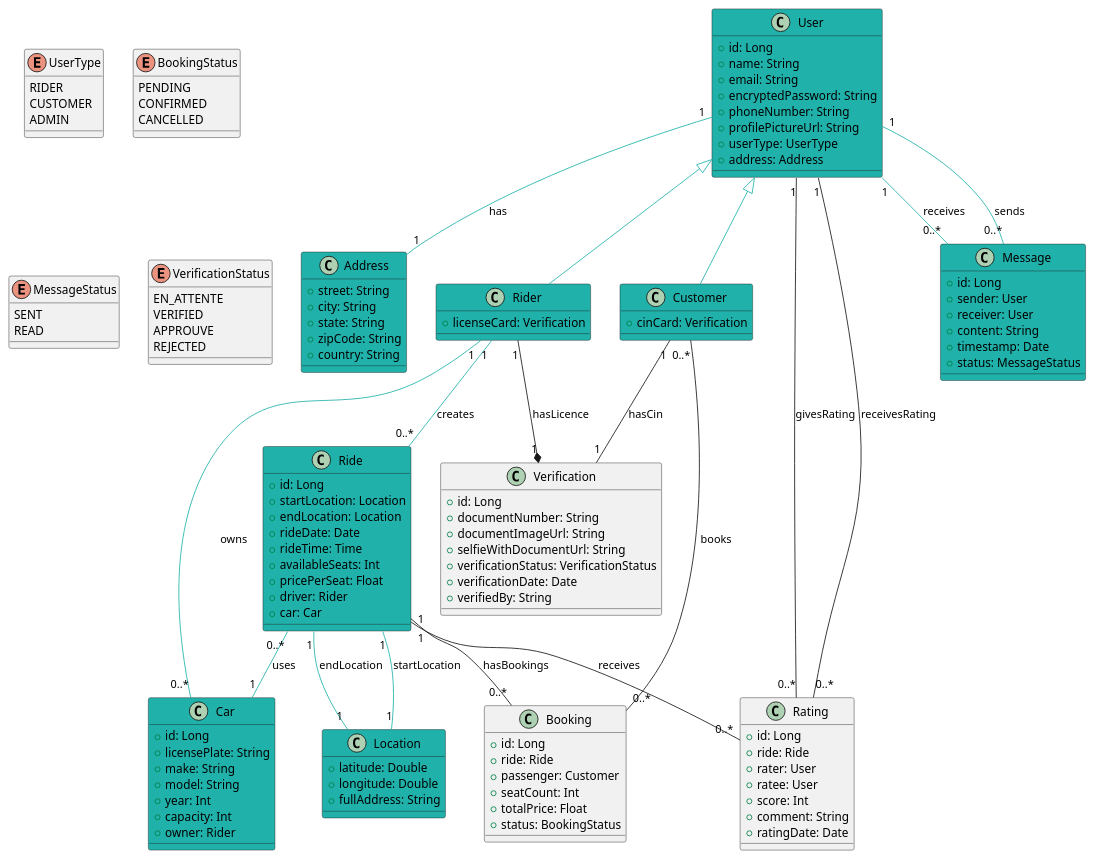
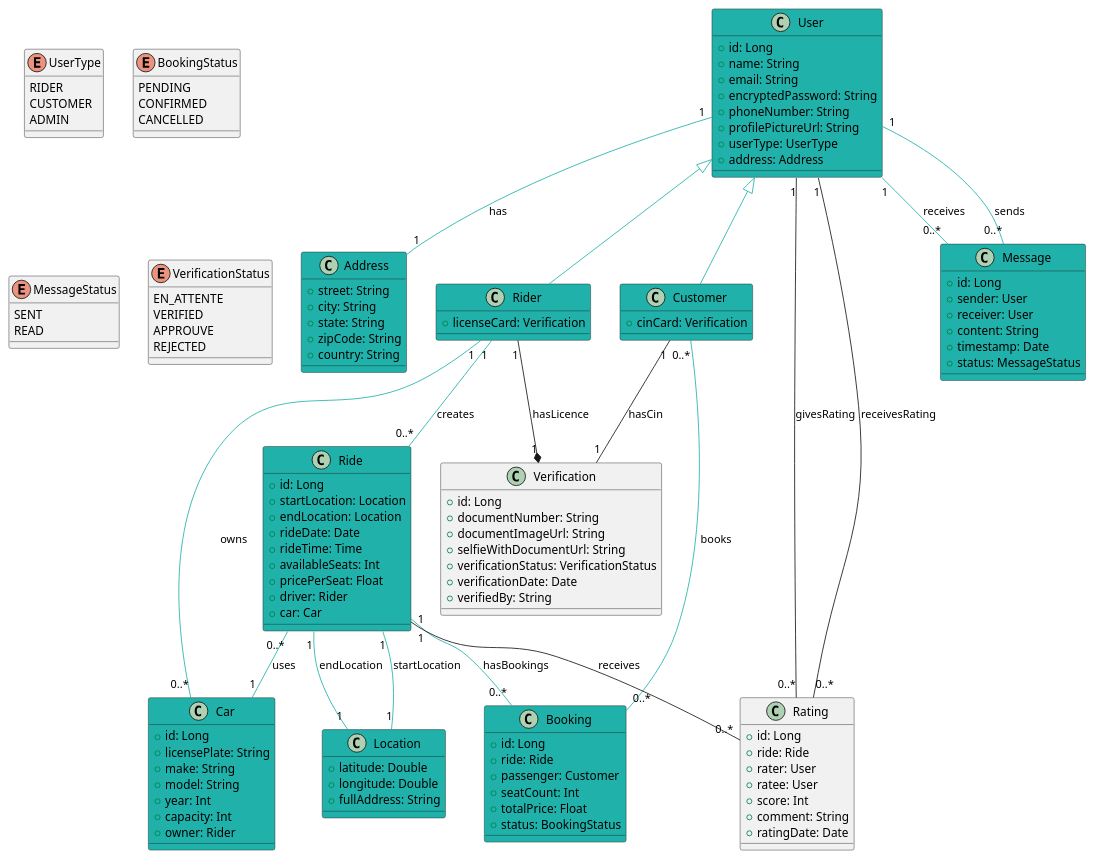
Before and after one commit to Mk-1000/my-ride-api: the diagram in MyRide.plantuml, drawn with PlantUML. The commit also changed 35 other files, not shown here.

```diff
--- a/MyRide.plantuml
+++ b/MyRide.plantuml
@@ -1,143 +1,143 @@
 @startuml
 class User #LightSeaGreen {
   +id: Long
   +name: String
   +email: String
   +encryptedPassword: String
   +phoneNumber: String
   +profilePictureUrl: String
   +userType: UserType
   +address: Address
 }
 
 class Address #LightSeaGreen {
   +street: String
   +city: String
   +state: String
   +zipCode: String
   +country: String
 }
 
 class Location #LightSeaGreen {
   +latitude: Double
   +longitude: Double
   +fullAddress: String
 }
 
 class Rider #LightSeaGreen {
   +licenseCard: Verification
 }
 
 class Verification {
   +id: Long
   +documentNumber: String
   +documentImageUrl: String
   +selfieWithDocumentUrl: String
   +verificationStatus: VerificationStatus
   +verificationDate: Date
   +verifiedBy: String
 }
 
 class Customer #LightSeaGreen{
     +cinCard: Verification
 }
 
 class Car #LightSeaGreen{
   +id: Long
   +licensePlate: String
   +make: String
   +model: String
   +year: Int
   +capacity: Int
   +owner: Rider
 }
 
 class Ride #LightSeaGreen {
   +id: Long
   +startLocation: Location
   +endLocation: Location
   +rideDate: Date
   +rideTime: Time
   +availableSeats: Int
   +pricePerSeat: Float
   +driver: Rider
   +car: Car
 }
 
-class Booking {
+class Booking #LightSeaGreen {
   +id: Long
   +ride: Ride
   +passenger: Customer
   +seatCount: Int
   +totalPrice: Float
   +status: BookingStatus
 }
 
 class Rating {
   +id: Long
   +ride: Ride
   +rater: User
   +ratee: User
   +score: Int
   +comment: String
   +ratingDate: Date
 }
 
 class Message #LightSeaGreen {
   +id: Long
   +sender: User
   +receiver: User
   +content: String
   +timestamp: Date
   +status: MessageStatus
 }
 
 enum UserType {
   RIDER
   CUSTOMER
   ADMIN
 }
 
 enum BookingStatus {
   PENDING
   CONFIRMED
   CANCELLED
 }
 
 enum MessageStatus {
   SENT
   READ
 }
 
 ' Waiting for verification (initial state)
 ' Good detection by AI (automated status)
 ' Final approval by support team
 ' Rejected by support team or failed AI verification
 
 enum VerificationStatus {
   EN_ATTENTE
   VERIFIED
   APPROUVE
   REJECTED
 }
 
 ' Relationships
 Customer "1" -- "1" Verification: hasCin
 Rider "1" --* "1" Verification : hasLicence
 User "1" -- "1" Address #LightSeaGreen: has
 
 User <|-- Rider #LightSeaGreen
 User <|-- Customer #LightSeaGreen
 Rider "1" -- "0..*" Car #LightSeaGreen : owns
 Rider "1" -- "0..*" Ride #LightSeaGreen : creates 
 Ride "0..*" -- "1" Car #LightSeaGreen : uses
-Ride "1" -- "0..*" Booking: hasBookings
-Customer "0..*" -- "0..*" Booking: books
+Ride "1" -- "0..*" Booking #LightSeaGreen : hasBookings
+Customer "0..*" -- "0..*" Booking #LightSeaGreen : books
 Ride "1" -- "0..*" Rating: receives
 User "1" -- "0..*" Rating: givesRating
 User "1" -- "0..*" Rating: receivesRating
 User "1" -- "0..*" Message #LightSeaGreen : sends
 User "1" -- "0..*" Message #LightSeaGreen : receives
 Ride "1" -- "1" Location #LightSeaGreen : startLocation
 Ride "1" -- "1" Location #LightSeaGreen : endLocation
 @enduml
```
